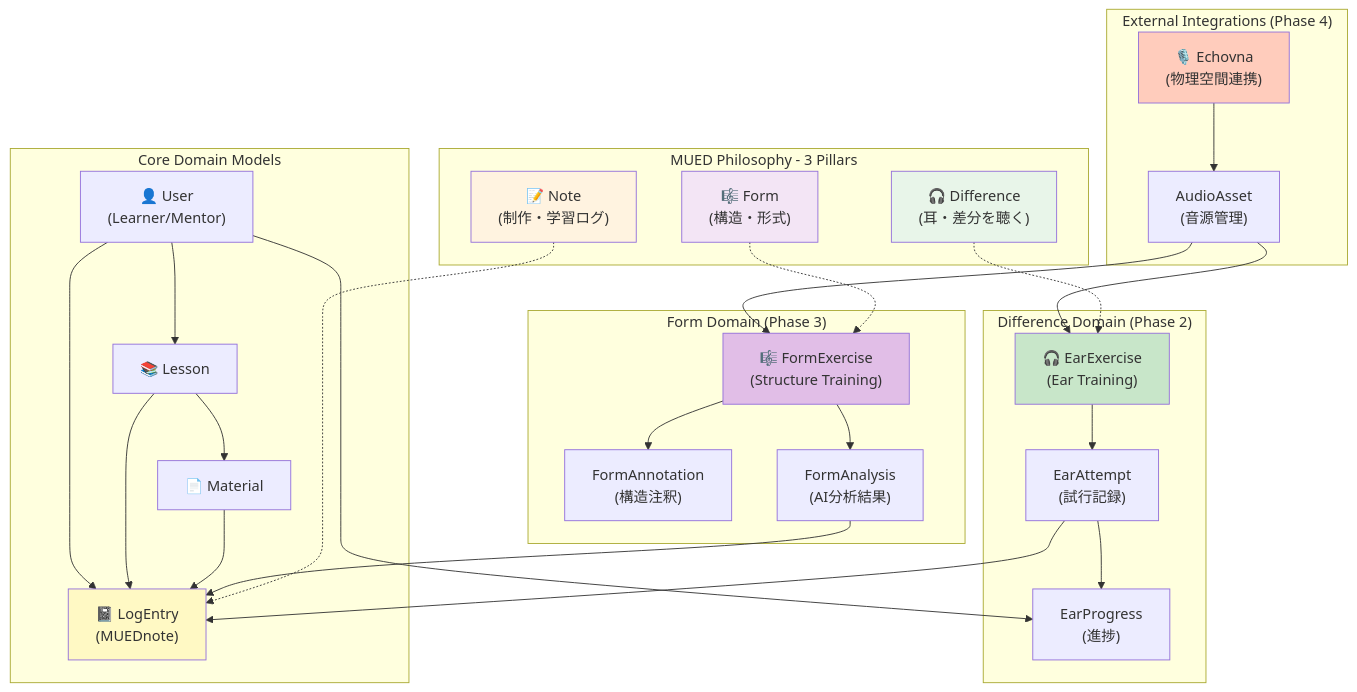
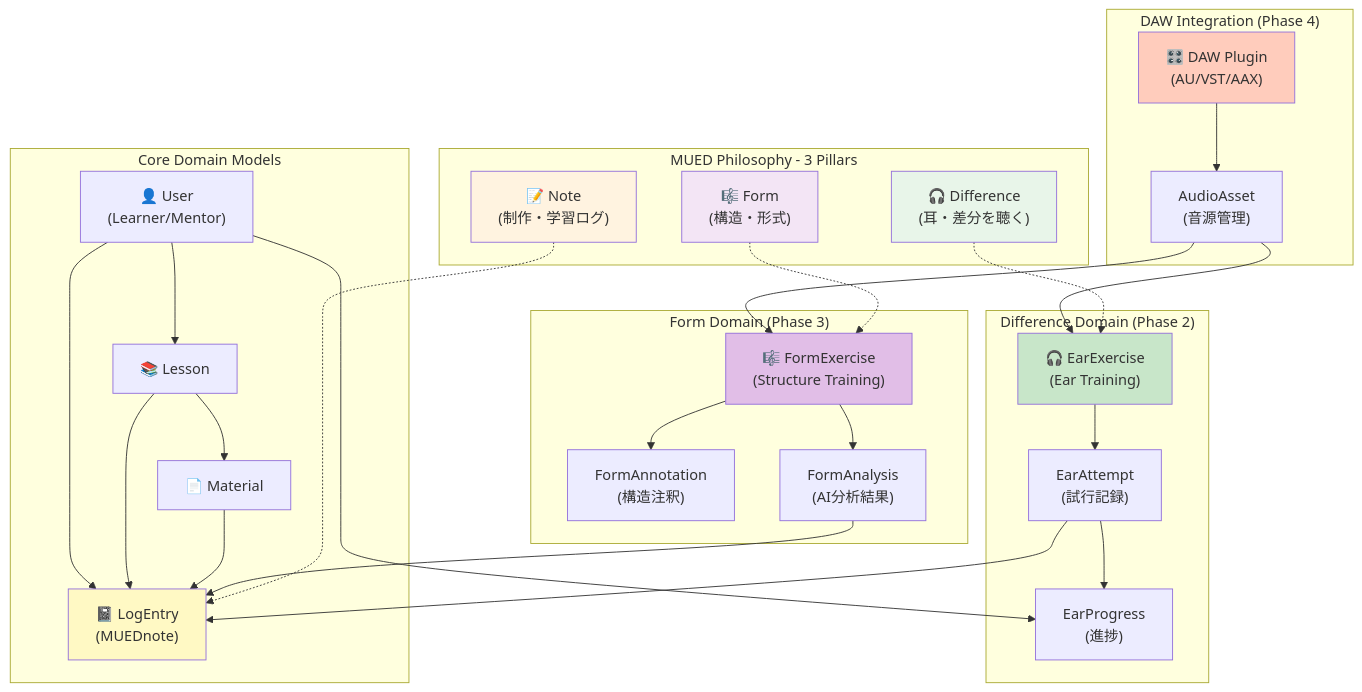
The seventh of 9 diagrams in docs/architecture/SYSTEM_ARCHITECTURE.md (kimny1143/mued_v2), drawn with Mermaid before and after one commit. The commit also changed other lines of this file and 2 other files, not shown here.

First line of the commit message:
docs: Phase 4 Echovna→DAW統合に修正、AI モデル・実装乖離を文書化

````diff
--- a/docs/architecture/SYSTEM_ARCHITECTURE.md
+++ b/docs/architecture/SYSTEM_ARCHITECTURE.md
@@ -480,67 +480,67 @@
 ```mermaid
 graph TD
     subgraph "MUED Philosophy - 3 Pillars"
         Difference["🎧 Difference<br/>(耳・差分を聴く)"]
         Note["📝 Note<br/>(制作・学習ログ)"]
         Form["🎼 Form<br/>(構造・形式)"]
     end
 
     subgraph "Core Domain Models"
         User["👤 User<br/>(Learner/Mentor)"]
         Lesson["📚 Lesson"]
         Material["📄 Material"]
         LogEntry["📓 LogEntry<br/>(MUEDnote)"]
     end
 
     subgraph "Difference Domain (Phase 2)"
         EarExercise["🎧 EarExercise<br/>(Ear Training)"]
         EarAttempt["EarAttempt<br/>(試行記録)"]
         EarProgress["EarProgress<br/>(進捗)"]
     end
 
     subgraph "Form Domain (Phase 3)"
         FormExercise["🎼 FormExercise<br/>(Structure Training)"]
         FormAnnotation["FormAnnotation<br/>(構造注釈)"]
         FormAnalysis["FormAnalysis<br/>(AI分析結果)"]
     end
 
-    subgraph "External Integrations (Phase 4)"
-        Echovna["🎙️ Echovna<br/>(物理空間連携)"]
+    subgraph "DAW Integration (Phase 4)"
+        DAWPlugin["🎛️ DAW Plugin<br/>(AU/VST/AAX)"]
         AudioAsset["AudioAsset<br/>(音源管理)"]
     end
 
     %% Relationships
     User --> Lesson
     User --> LogEntry
     User --> EarProgress
 
     Lesson --> Material
     Lesson --> LogEntry
 
     Material --> LogEntry
 
     EarExercise --> EarAttempt
     EarAttempt --> LogEntry
     EarAttempt --> EarProgress
 
     FormExercise --> FormAnnotation
     FormExercise --> FormAnalysis
     FormAnalysis --> LogEntry
 
-    Echovna --> AudioAsset
+    DAWPlugin --> AudioAsset
     AudioAsset --> EarExercise
     AudioAsset --> FormExercise
 
     %% Philosophy Links
     Difference -.-> EarExercise
     Note -.-> LogEntry
     Form -.-> FormExercise
 
     style Difference fill:#e8f5e9
     style Note fill:#fff3e0
     style Form fill:#f3e5f5
     style LogEntry fill:#fff9c4
     style EarExercise fill:#c8e6c9
     style FormExercise fill:#e1bee7
-    style Echovna fill:#ffccbc
+    style DAWPlugin fill:#ffccbc
 ```
````
